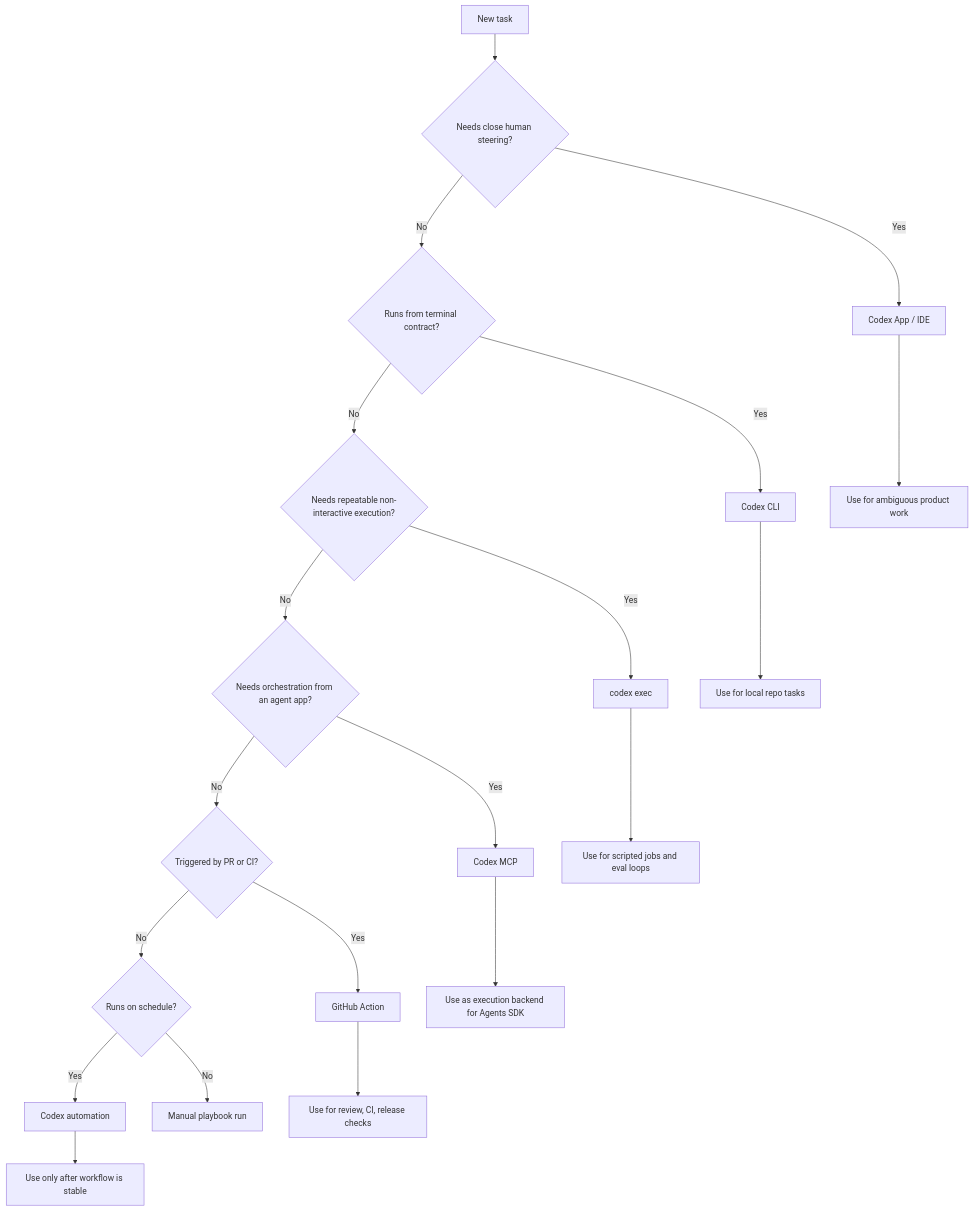
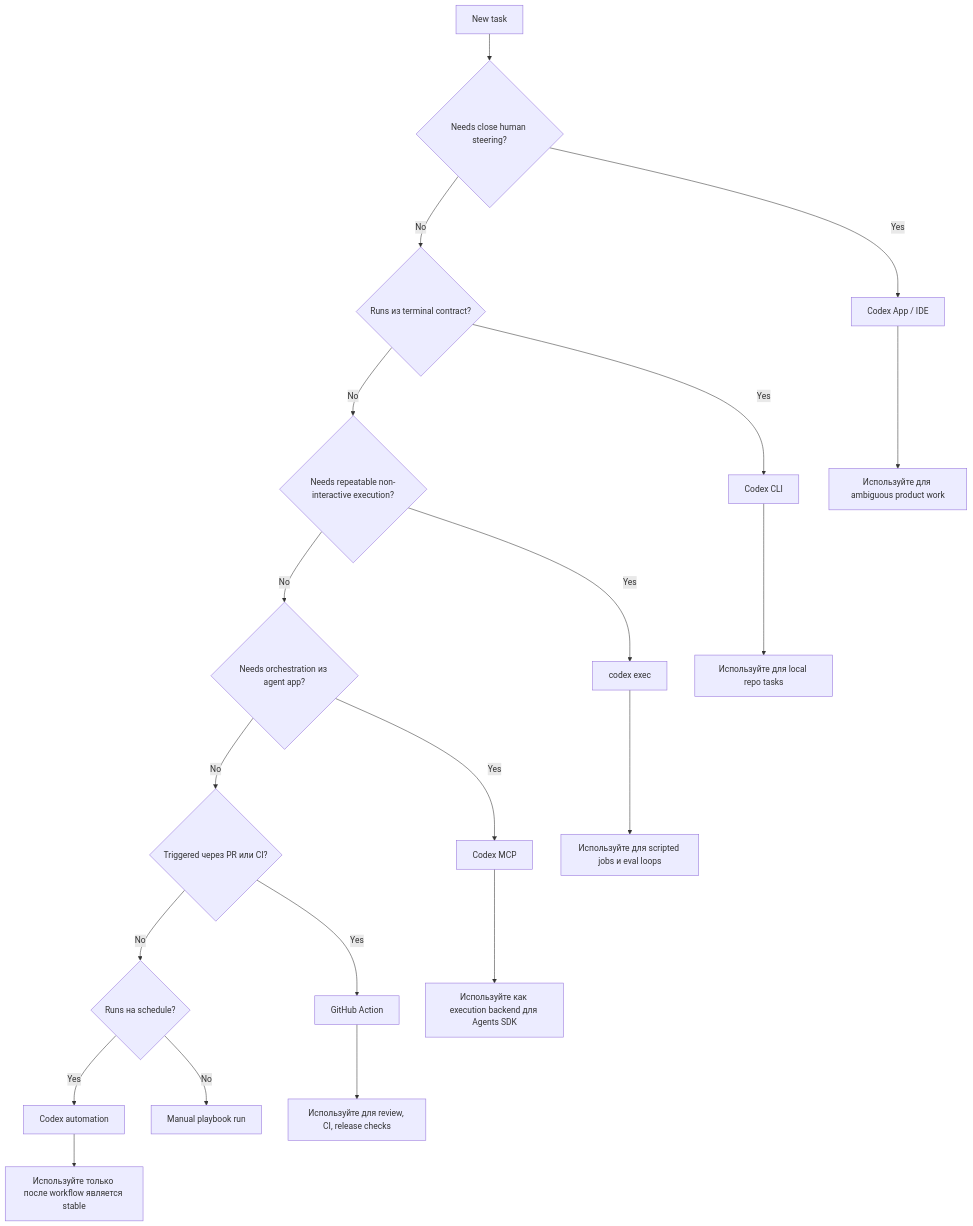
Before and after one commit to alexroadcaster/product-agent-os: the diagram in docs/diagrams/runtime-decision-map.md, drawn with Mermaid. The commit also changed other lines of this file and 447 other files, not shown here.

Commit message:
Refine product-agent docs and control-plane guidance

````diff
--- a/docs/diagrams/runtime-decision-map.md
+++ b/docs/diagrams/runtime-decision-map.md
@@ -9,23 +9,23 @@
 ```mermaid
 flowchart TD
     A["New task"] --> B{"Needs close human steering?"}
     B -->|Yes| C["Codex App / IDE"]
-    B -->|No| D{"Runs from terminal contract?"}
+    B -->|No| D{"Runs из terminal contract?"}
     D -->|Yes| E["Codex CLI"]
     D -->|No| F{"Needs repeatable non-interactive execution?"}
     F -->|Yes| G["codex exec"]
-    F -->|No| H{"Needs orchestration from an agent app?"}
+    F -->|No| H{"Needs orchestration из agent app?"}
     H -->|Yes| I["Codex MCP"]
-    H -->|No| J{"Triggered by PR or CI?"}
+    H -->|No| J{"Triggered через PR или CI?"}
     J -->|Yes| K["GitHub Action"]
-    J -->|No| L{"Runs on schedule?"}
+    J -->|No| L{"Runs на schedule?"}
     L -->|Yes| M["Codex automation"]
     L -->|No| N["Manual playbook run"]
 
-    C --> O["Use for ambiguous product work"]
-    E --> P["Use for local repo tasks"]
-    G --> Q["Use for scripted jobs and eval loops"]
-    I --> R["Use as execution backend for Agents SDK"]
-    K --> S["Use for review, CI, release checks"]
-    M --> T["Use only after workflow is stable"]
+    C --> O["Используйте для ambiguous product work"]
+    E --> P["Используйте для local repo tasks"]
+    G --> Q["Используйте для scripted jobs и eval loops"]
+    I --> R["Используйте как execution backend для Agents SDK"]
+    K --> S["Используйте для review, CI, release checks"]
+    M --> T["Используйте только после workflow является stable"]
 ```
````
